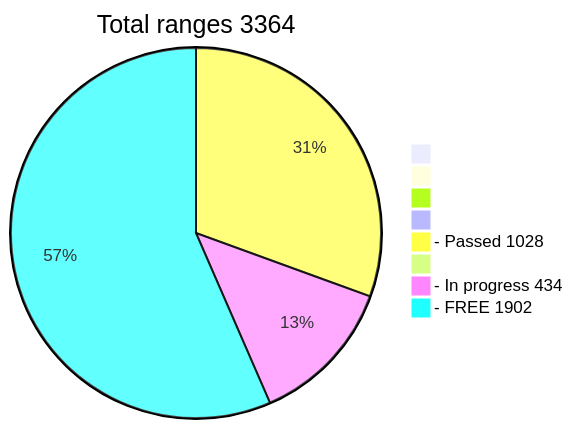
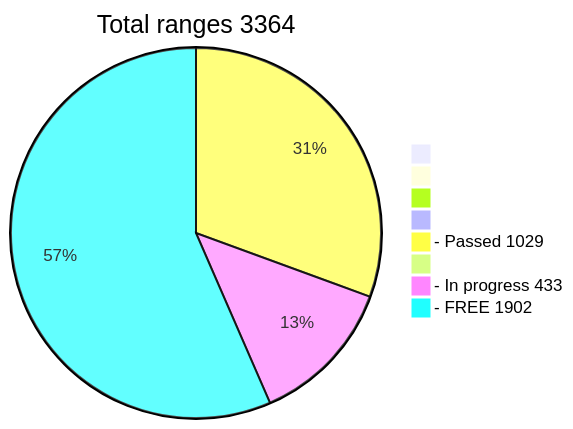
The diagram in README.md (phrutis/wif500), drawn with Mermaid before and after one commit.

````diff
--- a/README.md
+++ b/README.md
@@ -16,12 +16,12 @@
 ```mermaid
 pie title Total ranges 3364
              " " : 0
             "  " : 0
            "   " : 0
           "    " : 0
-  "- Passed 1028" : 1028
+  "- Passed 1029" : 1029
          "     " : 0
-  "- In progress 434" : 434
+  "- In progress 433" : 433
    "- FREE 1902" : 1902
    
 ```
````
